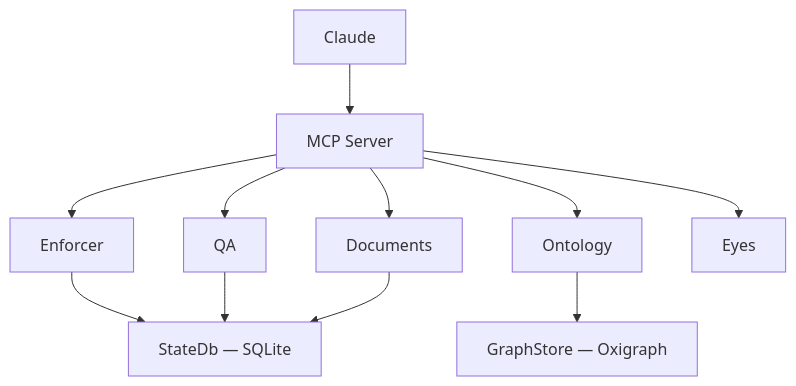
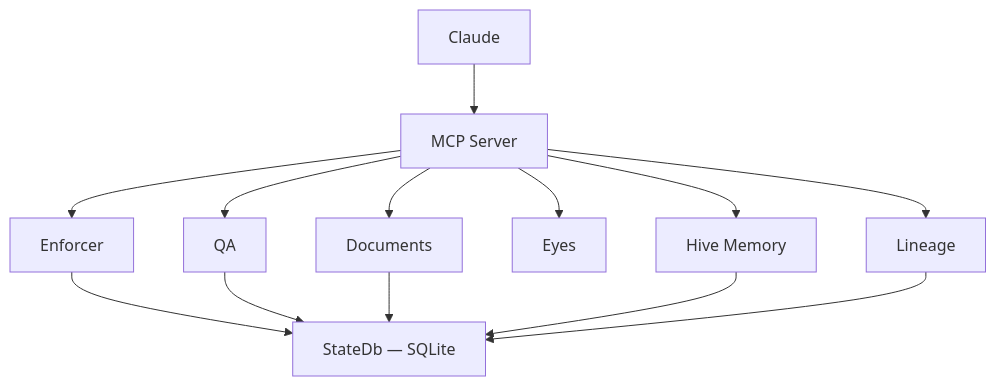
One commit to fabio-rovai/opencheir changed the diagram in README.md. Above: the diagram before and after it, drawn with Mermaid. The commit also changed other lines of this file, not shown here.

First line of the commit message:
docs: remove ontology references from README, point to Open Ontologies

````diff
--- a/README.md
+++ b/README.md
@@ -7,23 +7,25 @@
 ```mermaid
 flowchart TD
     Claude["Claude"]
     MCP["MCP Server"]
     Enforcer["Enforcer"]
-    Ontology["Ontology"]
     QA["QA"]
     Documents["Documents"]
     Eyes["Eyes"]
+    Hive["Hive Memory"]
+    Lineage["Lineage"]
     StateDb["StateDb — SQLite"]
-    GraphStore["GraphStore — Oxigraph"]
 
     Claude --> MCP
     MCP --> Enforcer
-    MCP --> Ontology
     MCP --> QA
     MCP --> Documents
     MCP --> Eyes
+    MCP --> Hive
+    MCP --> Lineage
     Enforcer --> StateDb
     QA --> StateDb
     Documents --> StateDb
-    Ontology --> GraphStore
+    Hive --> StateDb
+    Lineage --> StateDb
 ```
````
